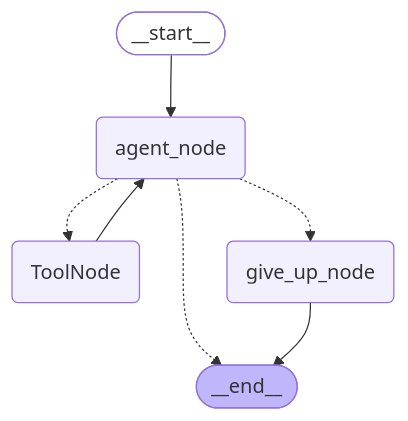
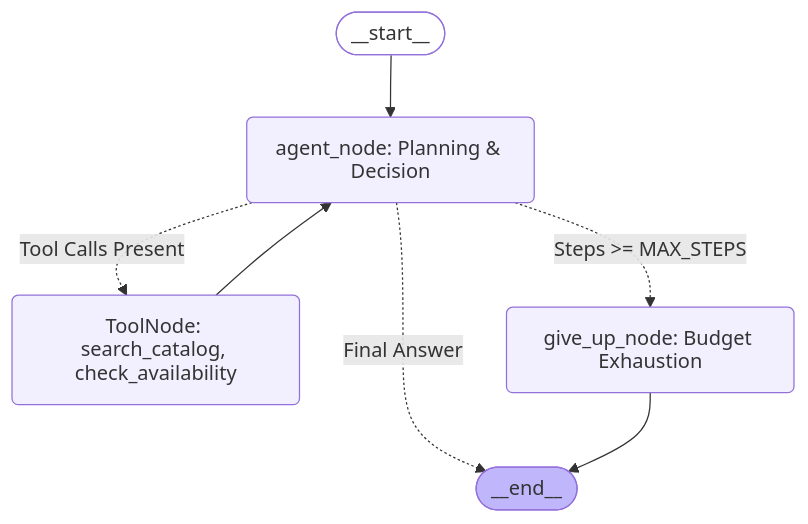
Before and after one commit to Qasimabbasi786/AI-Software-Development-Internship-NexaSolutions: the diagram in Week_07/Week_07_PartA_AgentFundamentals/README.md, drawn with Mermaid. The commit also changed other lines of this file and 10 other files, not shown here.

````diff
--- a/Week_07/Week_07_PartA_AgentFundamentals/README.md
+++ b/Week_07/Week_07_PartA_AgentFundamentals/README.md
@@ -6,17 +16,17 @@
 ```mermaid
 graph TD;
 	__start__([__start__]):::first
-	agent(agent_node)
-	tools(ToolNode)
-	give_up(give_up_node)
+	agent(agent_node: Planning & Decision)
+	tools(ToolNode: search_catalog, check_availability)
+	give_up(give_up_node: Budget Exhaustion)
 	__end__([__end__]):::last
 	__start__ --> agent;
-	agent -.-> __end__;
-	agent -.-> give_up;
-	agent -.-> tools;
+	agent -.->|Final Answer| __end__;
+	agent -.->|Steps >= MAX_STEPS| give_up;
+	agent -.->|Tool Calls Present| tools;
 	tools --> agent;
 	give_up --> __end__;
 	classDef default fill:#f2f0ff,line-height:1.2
 	classDef first fill-opacity:0
 	classDef last fill:#bfb6fc
 ```
````
